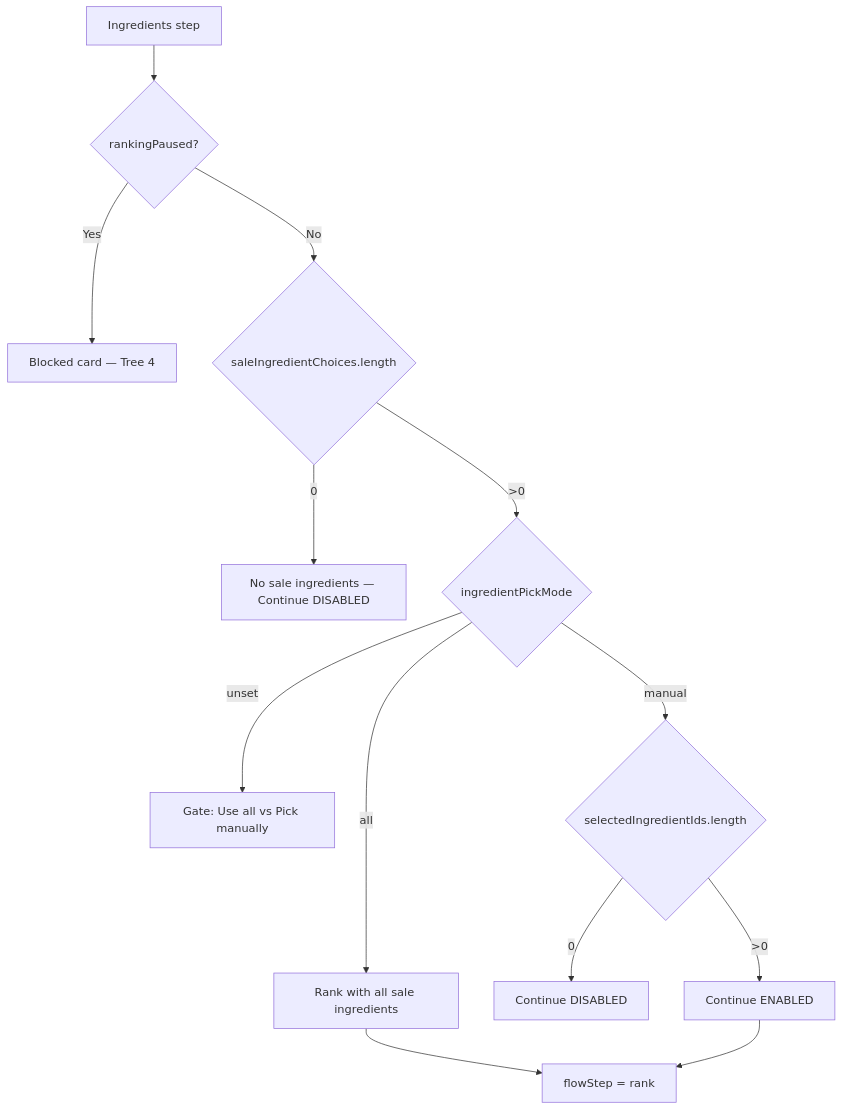
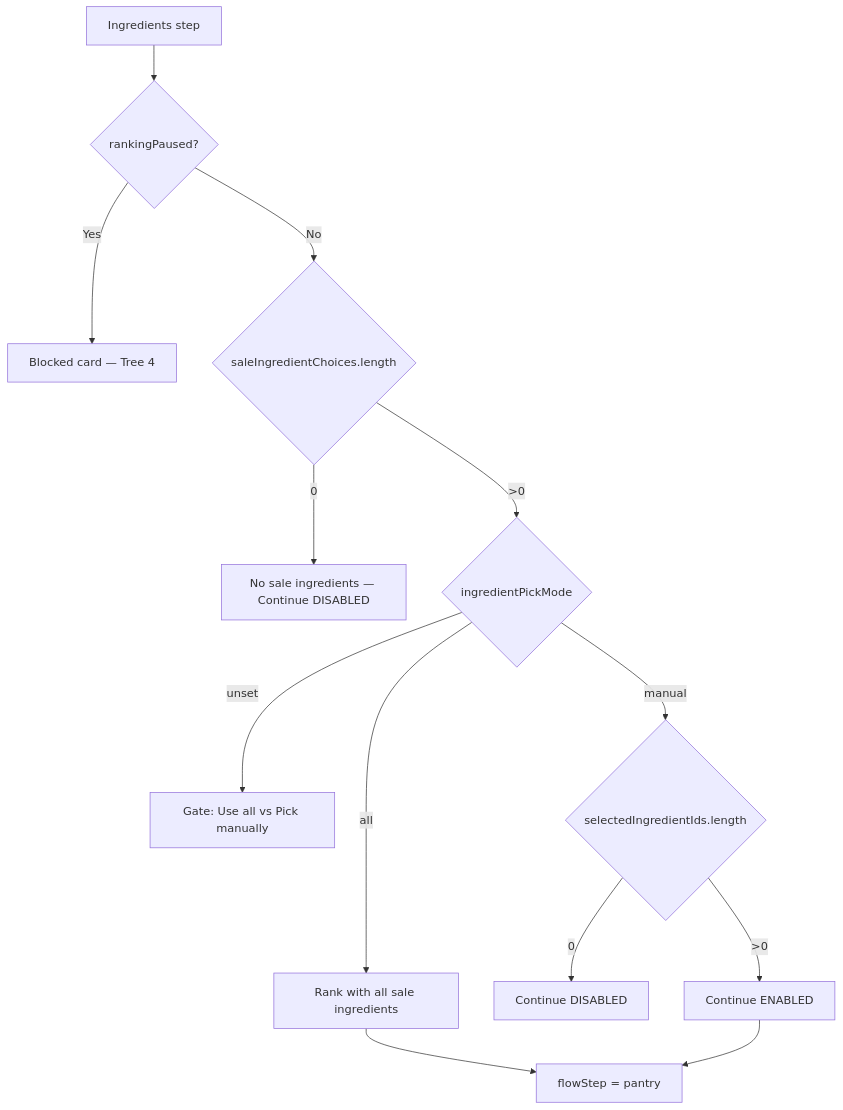
One commit to sfh1980/Yum4Less changed the seventh of 10 diagrams in docs/application-decision-trees.md. Above: the diagram before and after it, drawn with Mermaid. The commit also changed other lines of this file and 41 other files, not shown here.

First line of the commit message:
feat(pantry): add pantry-check v2 step with coverage API and rank integration.

````diff
--- a/docs/application-decision-trees.md
+++ b/docs/application-decision-trees.md
@@ -226,19 +226,19 @@
 ```mermaid
 flowchart TD
   A[Ingredients step] --> B{rankingPaused?}
   B -->|Yes| C[Blocked card — Tree 4]
   B -->|No| D{saleIngredientChoices.length}
 
   D -->|0| E[No sale ingredients — Continue DISABLED]
   D -->|>0| F{ingredientPickMode}
 
   F -->|unset| G[Gate: Use all vs Pick manually]
   F -->|all| H[Rank with all sale ingredients]
   F -->|manual| I{selectedIngredientIds.length}
 
   I -->|0| J[Continue DISABLED]
   I -->|>0| K[Continue ENABLED]
 
-  H --> L[flowStep = rank]
+  H --> L[flowStep = pantry]
   K --> L
 ```
````
